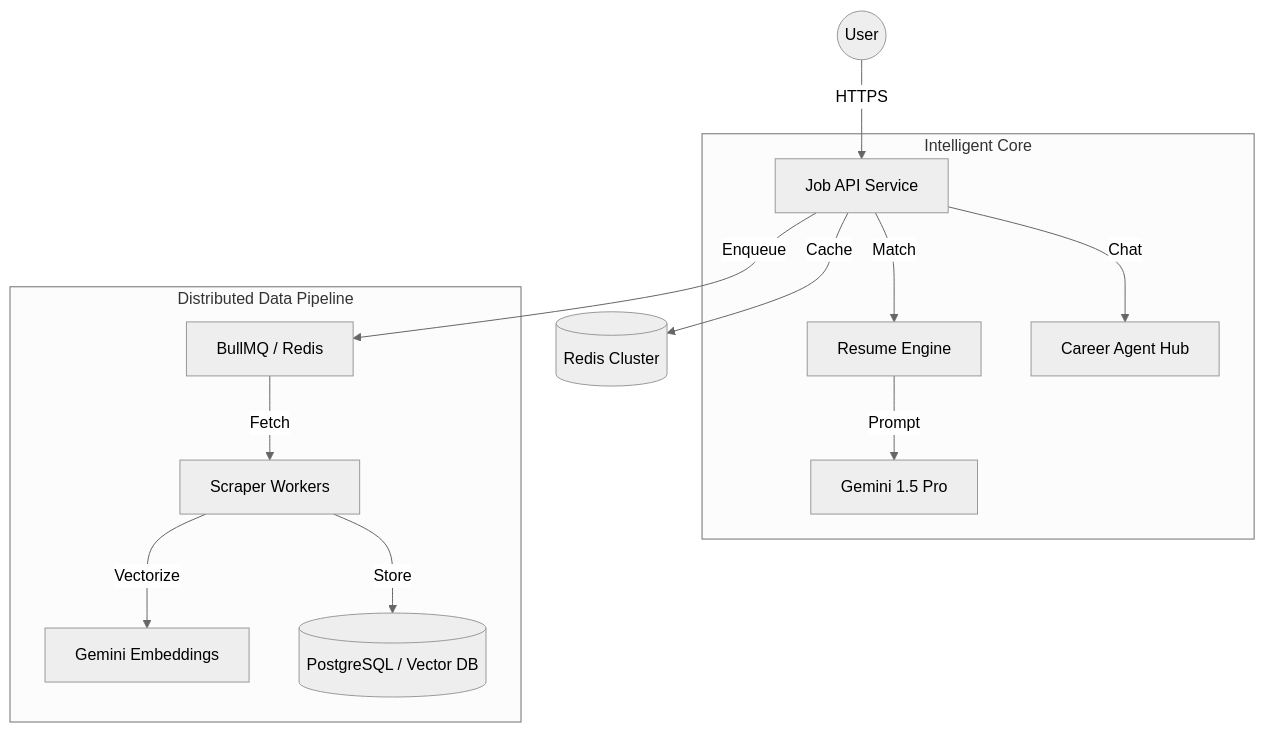
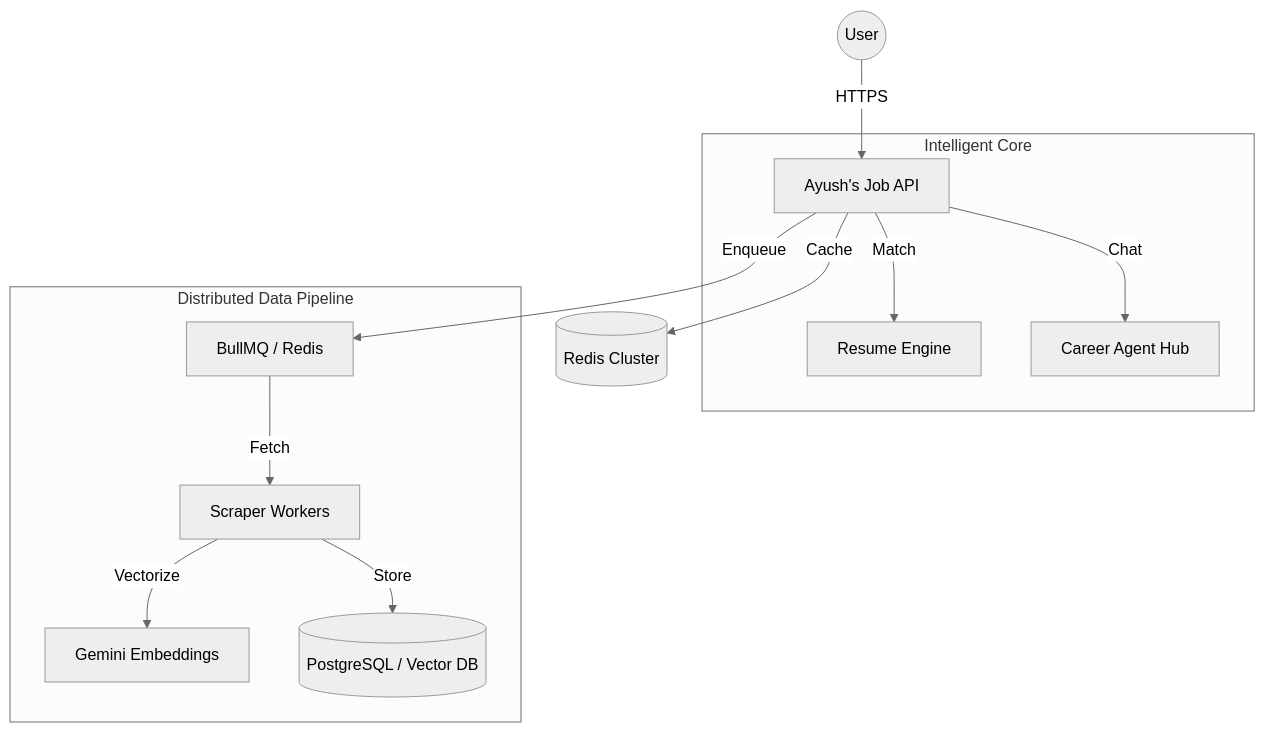
One commit to Minato95-ayu/job-finder changed the diagram in README.md. Above: the diagram before and after it, drawn with Mermaid (neutral theme). The commit also changed other lines of this file and 3 other files, not shown here.

Commit message:
rebrand project to Ayush's Job Intelligence, implement Express server, and initialize React frontend with job searching capabilities

````diff
--- a/README.md
+++ b/README.md
@@ -43,18 +34,17 @@
 ```mermaid
 graph TD
-    User((User)) -->|HTTPS| API[Job API Service]
+    User((User)) -->|HTTPS| API[Ayush's Job API]
     API -->|Cache| Redis[(Redis Cluster)]
     
     subgraph "Intelligent Core"
         API -->|Match| Resume[Resume Engine]
         API -->|Chat| Agent[Career Agent Hub]
-        Resume -->|Prompt| Gemini[Gemini 1.5 Pro]
     end
 
     subgraph "Distributed Data Pipeline"
         API -->|Enqueue| Queue[BullMQ / Redis]
         Queue -->|Fetch| Worker[Scraper Workers]
         Worker -->|Vectorize| Embed[Gemini Embeddings]
         Worker -->|Store| DB[(PostgreSQL / Vector DB)]
     end
 ```
````
